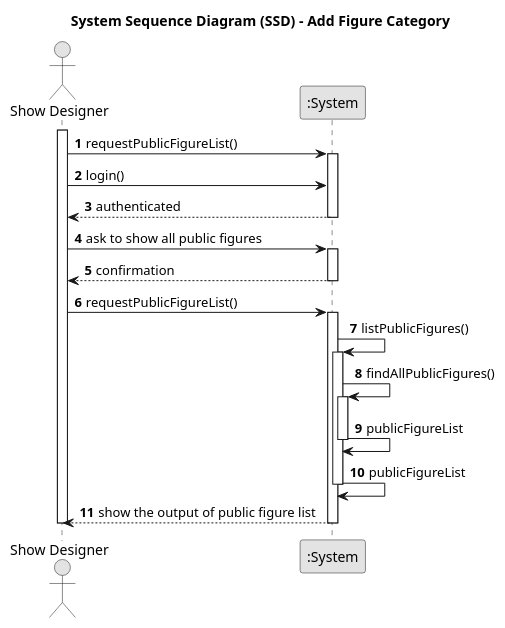
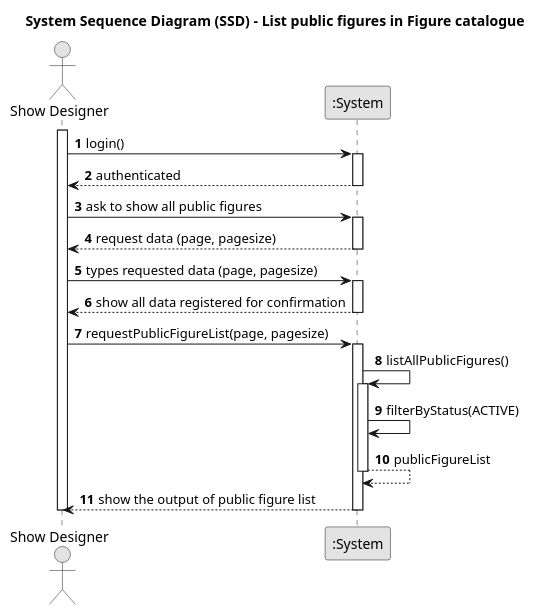
One commit to SAEmanuel/Shodrone_ISEP changed the diagram in docs/planning/sprint2/EAPLI/US231 - List public figures in Figure catalogue/01.requirements-engineering/puml/us231-sequence-diagram.puml. Above: the diagram before and after it, drawn with PlantUML. The commit also changed 2 other files, not shown here.

```diff
--- a/docs/planning/sprint2/EAPLI/US231 - List public figures in Figure catalogue/01.requirements-engineering/puml/us231-sequence-diagram.puml
+++ b/docs/planning/sprint2/EAPLI/US231 - List public figures in Figure catalogue/01.requirements-engineering/puml/us231-sequence-diagram.puml
@@ -1,48 +1,50 @@
 @startuml
 skinparam monochrome true
 skinparam packageStyle rectangle
 skinparam shadowing false
 
-title System Sequence Diagram (SSD) - Add Figure Category
-
+title System Sequence Diagram (SSD) - List public figures in Figure catalogue
 autonumber
 
 actor "Show Designer" as SD
 participant ":System" as System
 
 activate SD
 
-SD -> System: requestPublicFigureList()
+    SD -> System: login()
     activate System
 
-    SD -> System: login()
     System --> SD: authenticated
 
     deactivate System
     SD -> System: ask to show all public figures
 
     activate System
 
-    System --> SD: confirmation
+    System --> SD: request data (page, pagesize)
+    deactivate System
+    SD -> System: types requested data (page, pagesize)
+
+    activate System
+
+    System --> SD: show all data registered for confirmation
     deactivate System
 
-    SD -> System: requestPublicFigureList()
+    SD -> System: requestPublicFigureList(page, pagesize)
 
     activate System
-        System -> System: listPublicFigures()
+
+
+        System -> System: listAllPublicFigures()
         activate System
 
-        System -> System: findAllPublicFigures()
-        activate System
+            System -> System: filterByStatus(ACTIVE)
 
-        System -> System: publicFigureList
-        deactivate System
-
-        System -> System: publicFigureList
+        System --> System: publicFigureList
         deactivate System
 
         System --> SD: show the output of public figure list
     deactivate System
 deactivate SD
 
 @enduml
```
